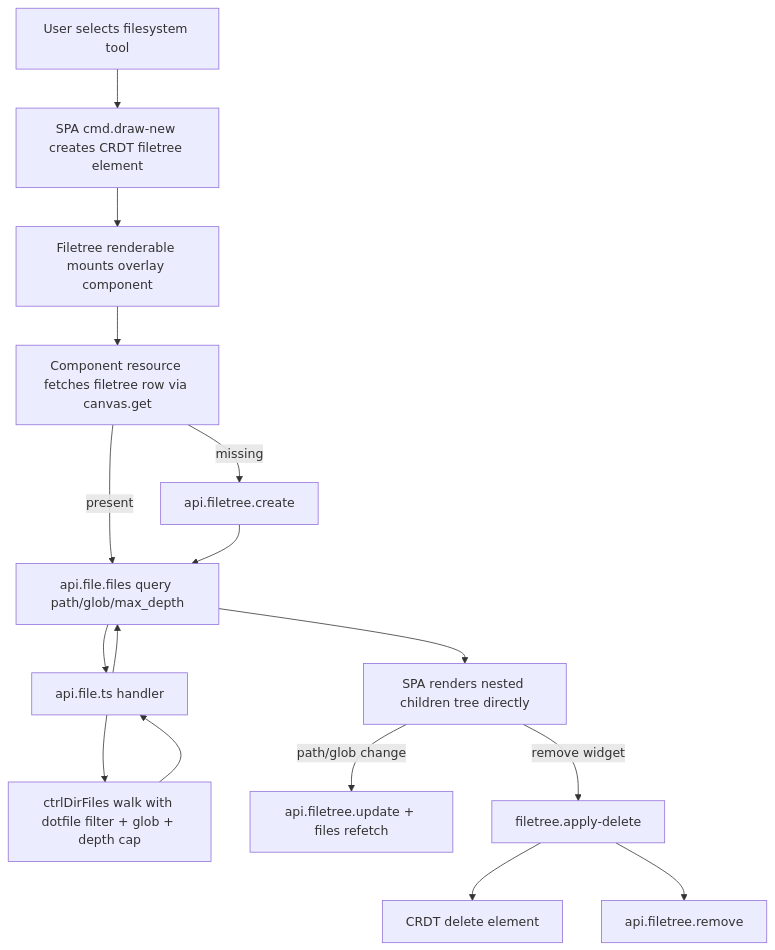
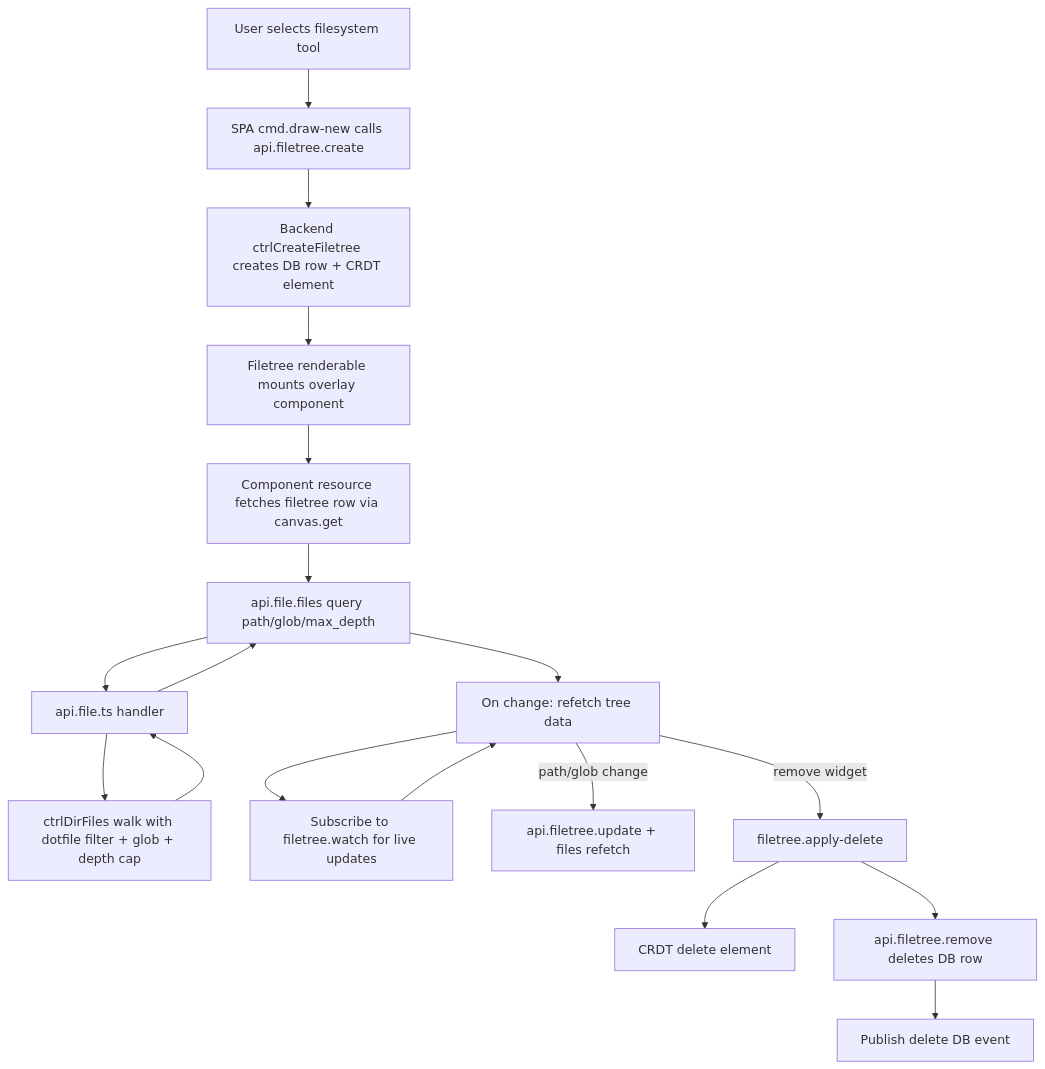
The diagram in specs/spec.filetree.md (vibecanvas/vibecanvas), drawn with Mermaid before and after one commit. The commit also changed other lines of this file, not shown here.

````diff
--- a/specs/spec.filetree.md
+++ b/specs/spec.filetree.md
@@ -233,21 +296,24 @@
 ```mermaid
 flowchart TD
-  U[User selects filesystem tool] --> C1[SPA cmd.draw-new creates CRDT filetree element]
-  C1 --> R1[Filetree renderable mounts overlay component]
+  U[User selects filesystem tool] --> C1[SPA cmd.draw-new calls api.filetree.create]
+  C1 --> C2[Backend ctrlCreateFiletree creates DB row + CRDT element]
+  C2 --> R1[Filetree renderable mounts overlay component]
   R1 --> Q1[Component resource fetches filetree row via canvas.get]
-  Q1 -->|missing| M1[api.filetree.create]
-  Q1 -->|present| L1
-  M1 --> L1[api.file.files query path/glob/max_depth]
-
+  Q1 --> L1[api.file.files query path/glob/max_depth]
+  
   L1 --> S1[api.file.ts handler]
   S1 --> F1[ctrlDirFiles walk with dotfile filter + glob + depth cap]
   F1 --> S1
   S1 --> L1
-
+  
   L1 --> UI1[SPA renders nested children tree directly]
+  UI1 --> W1[Subscribe to filetree.watch for live updates]
+  W1 --> UI1[On change: refetch tree data]
+  
   UI1 -->|path/glob change| U1[api.filetree.update + files refetch]
-
+  
   UI1 -->|remove widget| D1[filetree.apply-delete]
-  D1 --> C2[CRDT delete element]
-  D1 --> D2[api.filetree.remove]
+  D1 --> C3[CRDT delete element]
+  D1 --> D2[api.filetree.remove deletes DB row]
+  D2 --> P1[Publish delete DB event]
 ```
````
